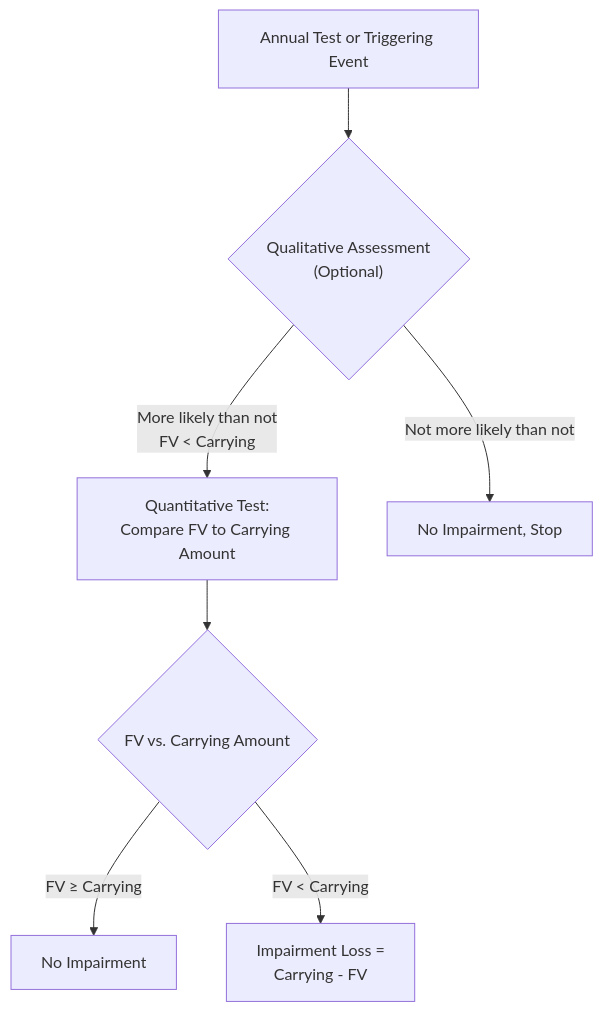
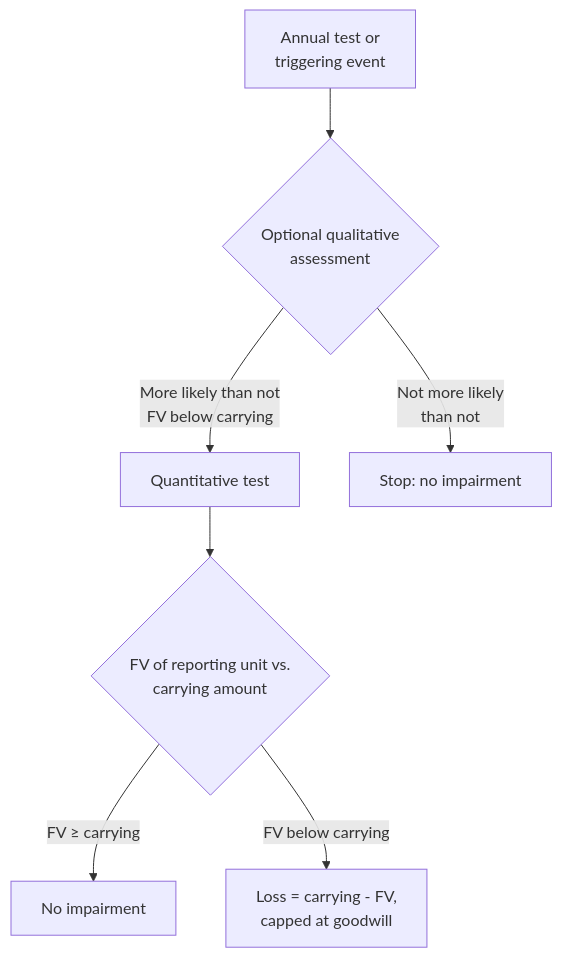
One commit to subwaymatch/cpabear-book changed the diagram in docs/bar/technical-accounting-assets-and-revenue/indefinite-lived-intangible-assets.md. Above: the diagram before and after it, drawn with Mermaid. The commit also changed other lines of this file and 204 other files, not shown here.

First line of the commit message:
Update the book for the 2027 CPA Exam Blueprints, fix dark-mode diagrams, add diagram zoom (#49)

````diff
--- a/docs/bar/technical-accounting-assets-and-revenue/indefinite-lived-intangible-assets.md
+++ b/docs/bar/technical-accounting-assets-and-revenue/indefinite-lived-intangible-assets.md
@@ -180,9 +146,9 @@
 ```mermaid
-graph TD
-    A["Annual Test or Triggering Event"] --> B{"Qualitative Assessment<br/>(Optional)"}
-    B -->|"More likely than not<br/>FV < Carrying"| C["Quantitative Test:<br/>Compare FV to Carrying Amount"]
-    B -->|"Not more likely than not"| D["No Impairment, Stop"]
-    C --> E{"FV vs. Carrying Amount"}
-    E -->|"FV ≥ Carrying"| F["No Impairment"]
-    E -->|"FV < Carrying"| G["Impairment Loss =<br/>Carrying - FV"]
+flowchart TD
+    A["Annual test or<br/>triggering event"] --> B{"Optional qualitative<br/>assessment"}
+    B -->|"More likely than not<br/>FV below carrying"| C["Quantitative test"]
+    B -->|"Not more likely<br/>than not"| D["Stop: no impairment"]
+    C --> E{"FV of reporting unit vs.<br/>carrying amount"}
+    E -->|"FV ≥ carrying"| F["No impairment"]
+    E -->|"FV below carrying"| G["Loss = carrying - FV,<br/>capped at goodwill"]
 ```
````
